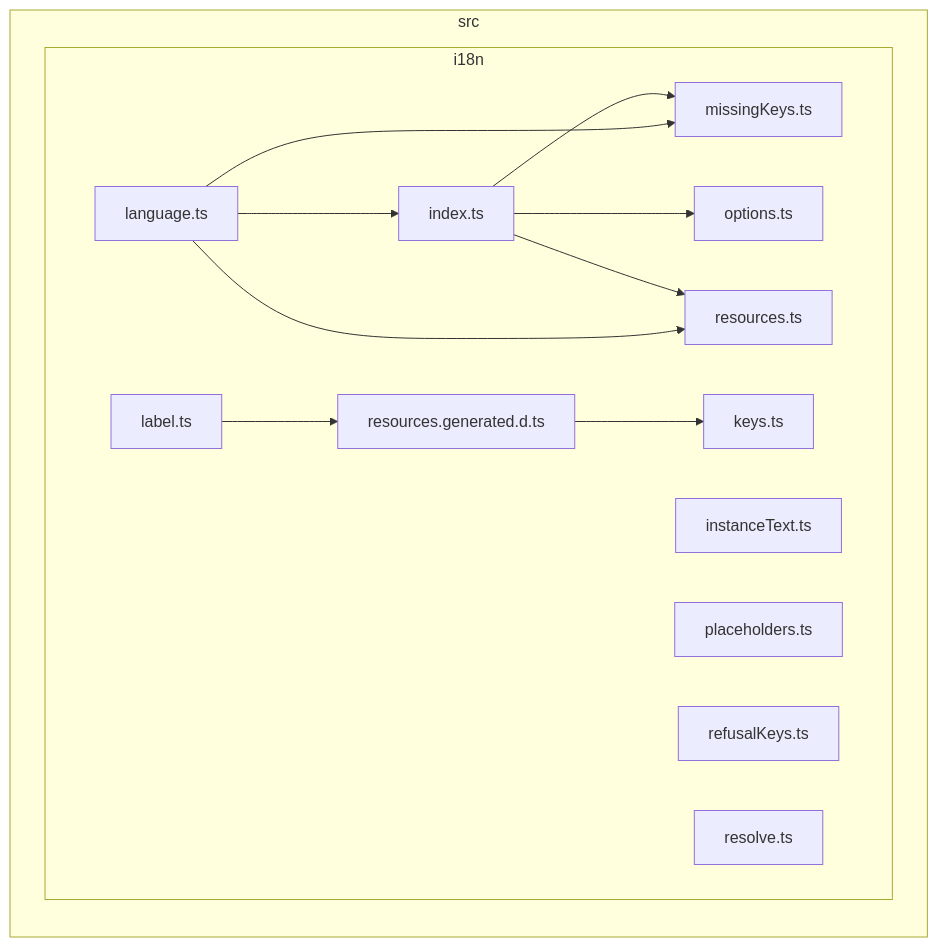
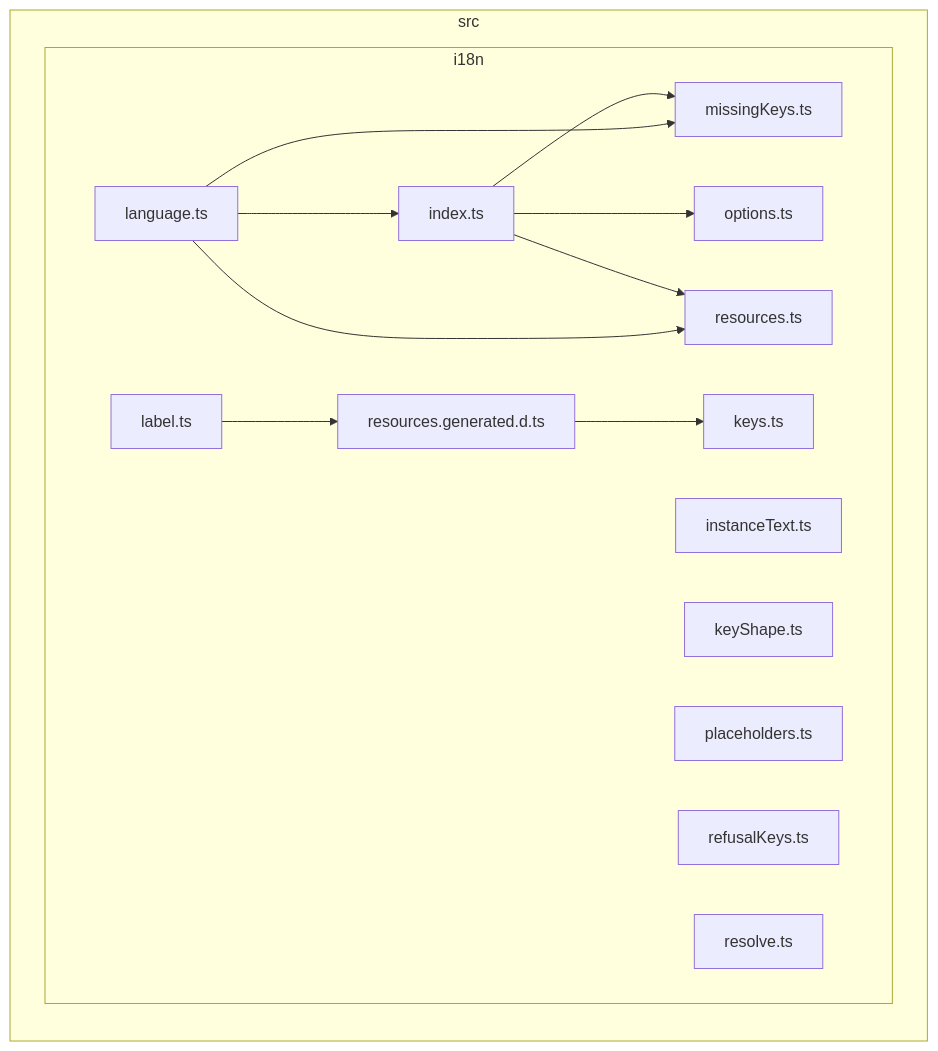
One commit to GonzaloZevallos/apostrophe changed the diagram in docs/architecture/generated/front-modules/i18n.md. Above: the diagram before and after it, drawn with Mermaid.

Commit message:
GH-379: regenerate the i18n module graph for keyShape.ts

````diff
--- a/docs/architecture/generated/front-modules/i18n.md
+++ b/docs/architecture/generated/front-modules/i18n.md
@@ -7,27 +7,28 @@
 ```mermaid
 flowchart LR
 subgraph src["src"]
   subgraph src_i18n["i18n"]
     src_i18n_index_ts["index.ts"]
     src_i18n_instanceText_ts["instanceText.ts"]
+    src_i18n_keyShape_ts["keyShape.ts"]
     src_i18n_keys_ts["keys.ts"]
     src_i18n_label_ts["label.ts"]
     src_i18n_language_ts["language.ts"]
     src_i18n_missingKeys_ts["missingKeys.ts"]
     src_i18n_options_ts["options.ts"]
     src_i18n_placeholders_ts["placeholders.ts"]
     src_i18n_refusalKeys_ts["refusalKeys.ts"]
     src_i18n_resolve_ts["resolve.ts"]
     src_i18n_resources_generated_d_ts["resources.generated.d.ts"]
     src_i18n_resources_ts["resources.ts"]
   end
 end
 src_i18n_index_ts-->src_i18n_missingKeys_ts
 src_i18n_index_ts-->src_i18n_options_ts
 src_i18n_index_ts-->src_i18n_resources_ts
 src_i18n_label_ts-->src_i18n_resources_generated_d_ts
 src_i18n_language_ts-->src_i18n_index_ts
 src_i18n_language_ts-->src_i18n_missingKeys_ts
 src_i18n_language_ts-->src_i18n_resources_ts
 src_i18n_resources_generated_d_ts-->src_i18n_keys_ts
 ```
````
